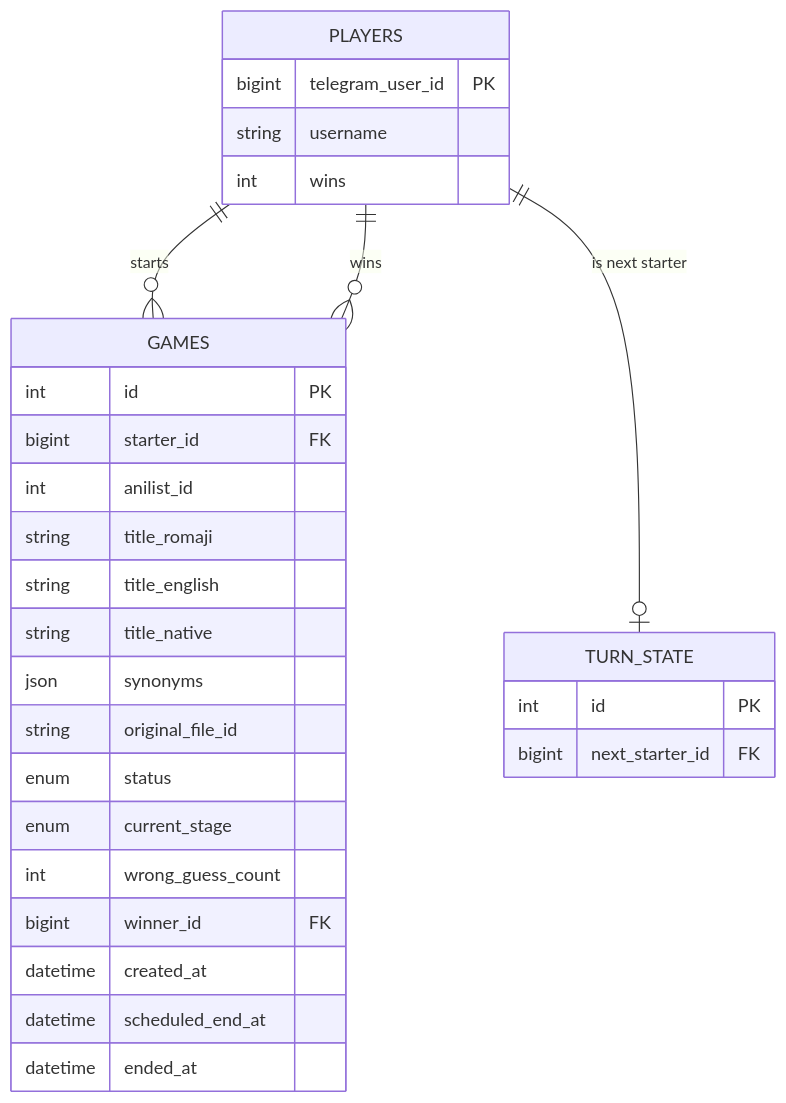
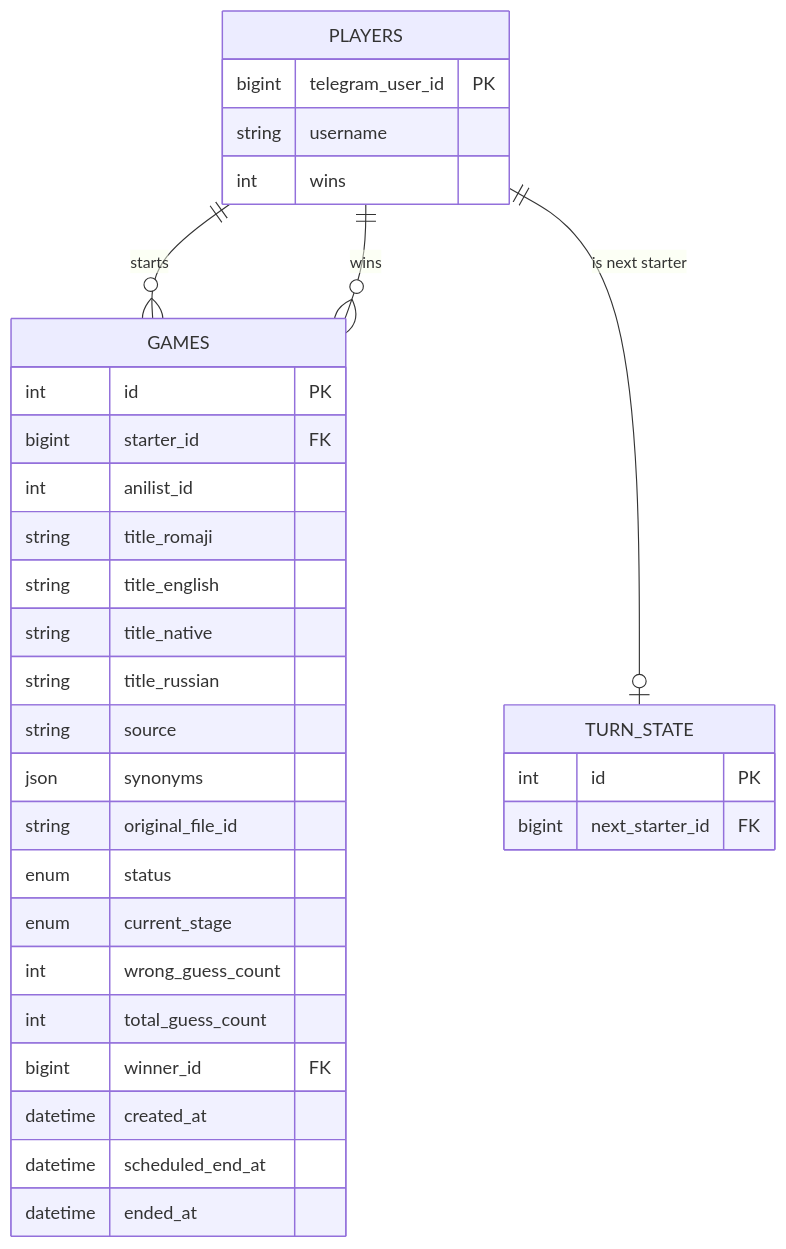
One commit to sm-steel/nani-pix-bot changed the diagram in ARCHITECTURE.md. Above: the diagram before and after it, drawn with Mermaid. The commit also changed other lines of this file and 16 other files, not shown here.

````diff
--- a/ARCHITECTURE.md
+++ b/ARCHITECTURE.md
@@ -84,33 +84,36 @@
 ```mermaid
 erDiagram
     PLAYERS ||--o{ GAMES : starts
     PLAYERS ||--o{ GAMES : wins
     PLAYERS ||--o| TURN_STATE : "is next starter"
 
     PLAYERS {
         bigint telegram_user_id PK
         string username
         int wins
     }
     GAMES {
         int id PK
         bigint starter_id FK
         int anilist_id
         string title_romaji
         string title_english
         string title_native
+        string title_russian
+        string source
         json synonyms
         string original_file_id
         enum status
         enum current_stage
         int wrong_guess_count
+        int total_guess_count
         bigint winner_id FK
         datetime created_at
         datetime scheduled_end_at
         datetime ended_at
     }
     TURN_STATE {
         int id PK
         bigint next_starter_id FK
     }
 ```
````
